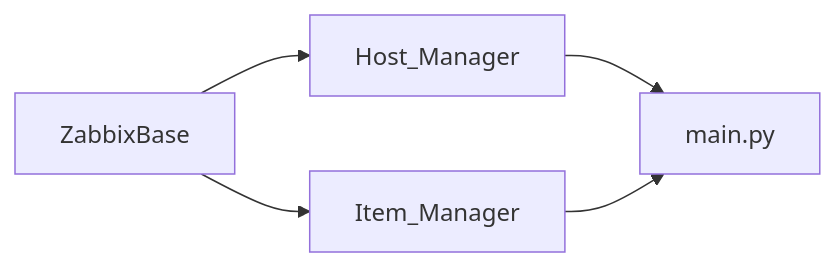
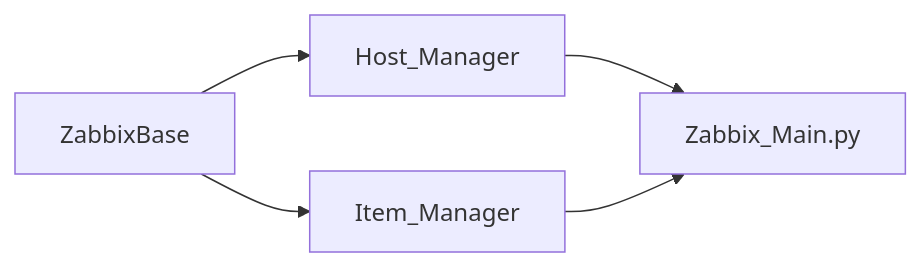
The diagram in CLAUDE.md (OpenClawXX/Zabbix_Portal), drawn with Mermaid before and after one commit. The commit also changed other lines of this file and 48 other files, not shown here.

````diff
--- a/CLAUDE.md
+++ b/CLAUDE.md
@@ -87,7 +87,7 @@
 ```mermaid
 flowchart LR
     ZabbixBase --> Host_Manager
     ZabbixBase --> Item_Manager
-    Host_Manager --> main["main.py"]
+    Host_Manager --> main["Zabbix_Main.py"]
     Item_Manager --> main
 ```
````
